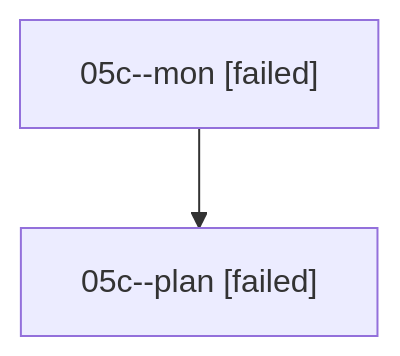
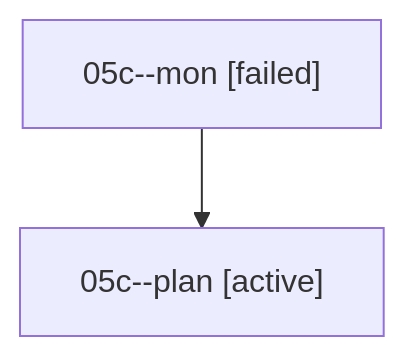
The diagram in families/bbugyi200.athena.05c.md (sase-org/sase--agents), drawn with Mermaid before and after one commit. The commit also changed other lines of this file and 35830 other files, not shown here.

````diff
--- a/families/bbugyi200.athena.05c.md
+++ b/families/bbugyi200.athena.05c.md
@@ -9,6 +9,6 @@
 ```mermaid
 flowchart TD
   n0["05c--mon [failed]"]
-  n1["05c--plan [failed]"]
+  n1["05c--plan [active]"]
   n0 --> n1
 ```
````
